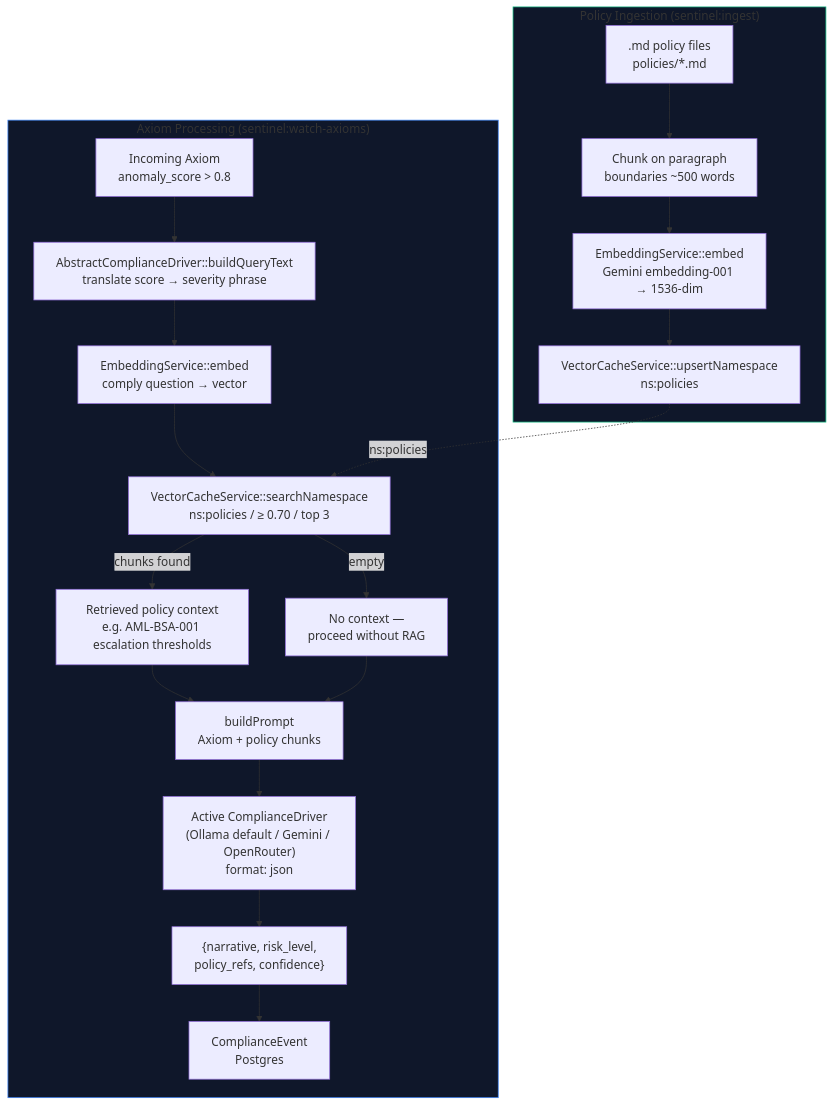
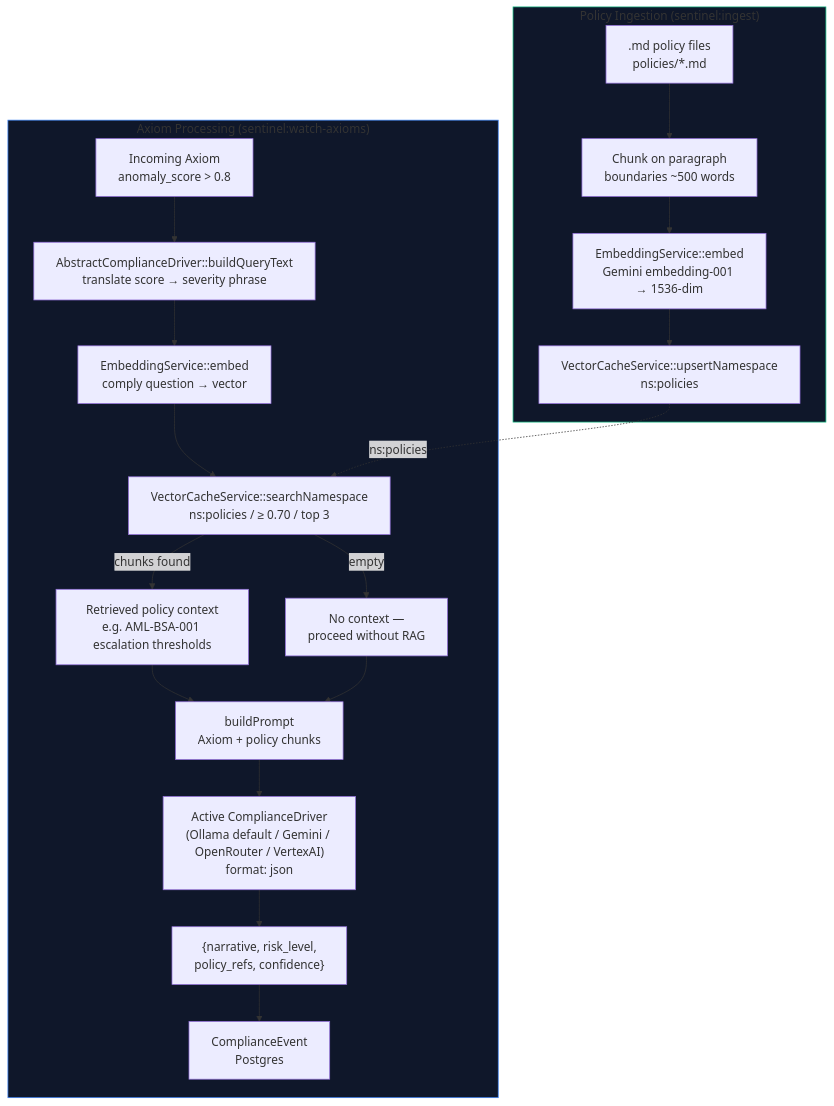
Before and after one commit to obrienma/sentinel-l7: the diagram in docs/diagrams/RAG_PIPELINE.md, drawn with Mermaid. The commit also changed other lines of this file and 23 other files, not shown here.

````diff
--- a/docs/diagrams/RAG_PIPELINE.md
+++ b/docs/diagrams/RAG_PIPELINE.md
@@ -11,27 +11,27 @@
 ```mermaid
 flowchart TD
     subgraph Ingestion["Policy Ingestion (sentinel:ingest)"]
         MD[".md policy files\npolicies/*.md"] --> Chunk["Chunk on paragraph\nboundaries ~500 words"]
         Chunk --> Embed1["EmbeddingService::embed\nGemini embedding-001 → 1536-dim"]
         Embed1 --> Upsert["VectorCacheService::upsertNamespace\nns:policies"]
     end
 
     subgraph Runtime["Axiom Processing (sentinel:watch-axioms)"]
         AX[Incoming Axiom\nanomaly_score > 0.8] --> Query["AbstractComplianceDriver::buildQueryText\ntranslate score → severity phrase"]
         Query --> Embed2["EmbeddingService::embed\ncomply question → vector"]
         Embed2 --> PolicySearch["VectorCacheService::searchNamespace\nns:policies / ≥ 0.70 / top 3"]
 
         PolicySearch -->|chunks found| PolicyCtx["Retrieved policy context\ne.g. AML-BSA-001 escalation thresholds"]
         PolicySearch -->|empty| NoCtx["No context —\nproceed without RAG"]
 
         PolicyCtx & NoCtx --> Prompt["buildPrompt\nAxiom + policy chunks"]
-        Prompt --> Model["Active ComplianceDriver\n(Ollama default / Gemini / OpenRouter)\nformat: json"]
+        Prompt --> Model["Active ComplianceDriver\n(Ollama default / Gemini / OpenRouter / VertexAI)\nformat: json"]
         Model --> Result["{narrative, risk_level,\npolicy_refs, confidence}"]
         Result --> Persist["ComplianceEvent\nPostgres"]
     end
 
     Upsert -.->|ns:policies| PolicySearch
 
     style Ingestion fill:#0f172a,stroke:#10b981
     style Runtime fill:#0f172a,stroke:#3b82f6
 ```
````
